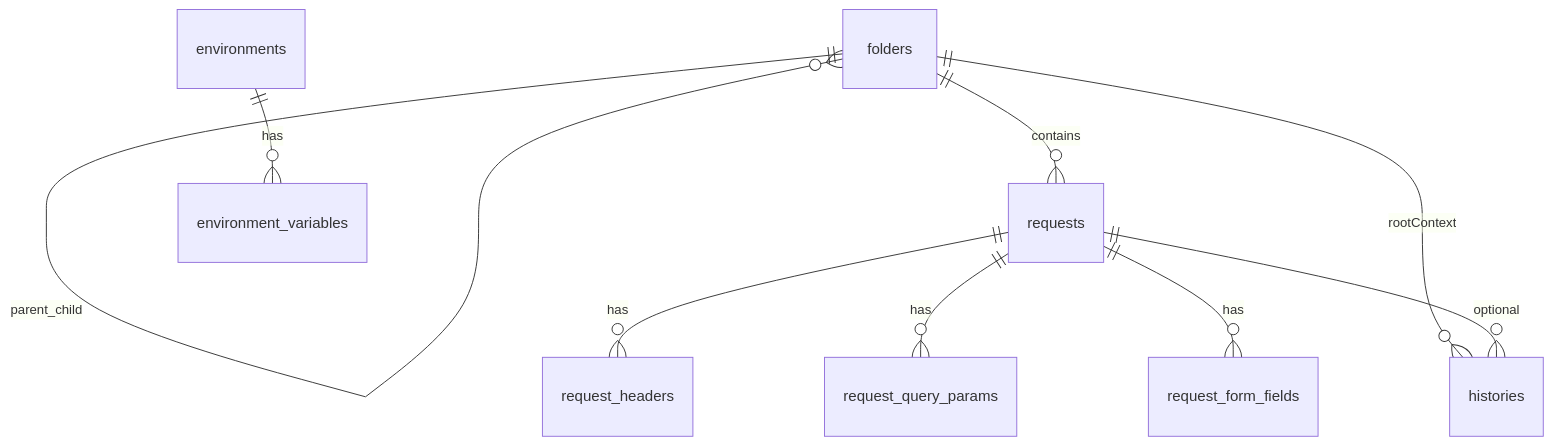
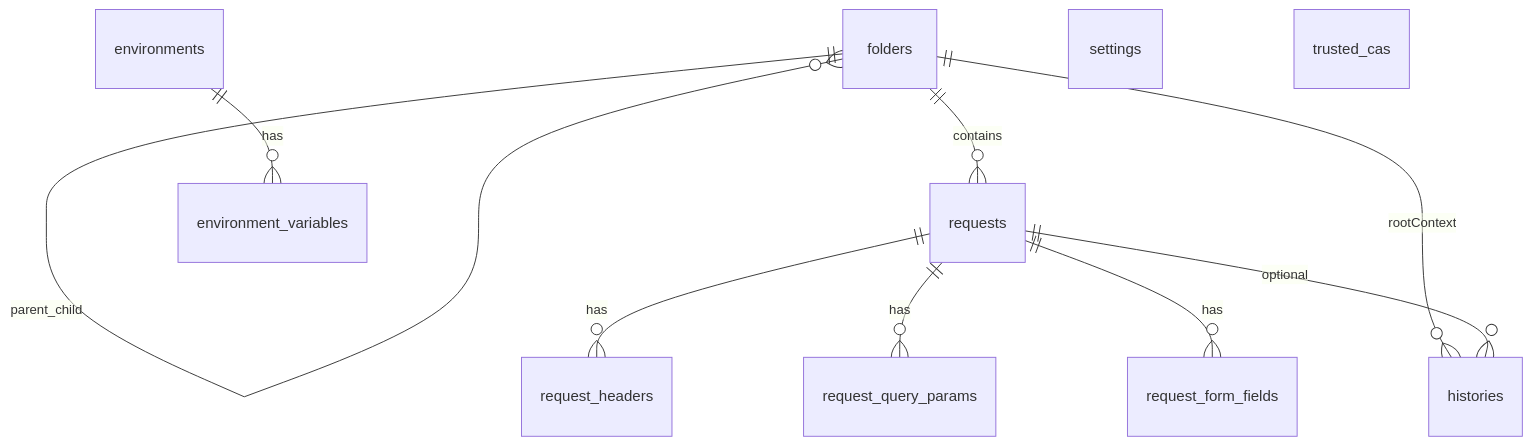
One commit to flytthesky93/PostmanJanai changed the diagram in .cursor/plans/data-model-and-delivery-status.md. Above: the diagram before and after it, drawn with Mermaid. The commit also changed other lines of this file and 81 other files, not shown here.

````diff
--- a/.cursor/plans/data-model-and-delivery-status.md
+++ b/.cursor/plans/data-model-and-delivery-status.md
@@ -173,11 +196,13 @@
 ```mermaid
 erDiagram
   folders ||--o{ folders : parent_child
   folders ||--o{ requests : contains
   folders ||--o{ histories : rootContext
   requests ||--o{ request_headers : has
   requests ||--o{ request_query_params : has
   requests ||--o{ request_form_fields : has
   requests ||--o{ histories : optional
   environments ||--o{ environment_variables : has
+  settings
+  trusted_cas
 ```
````
